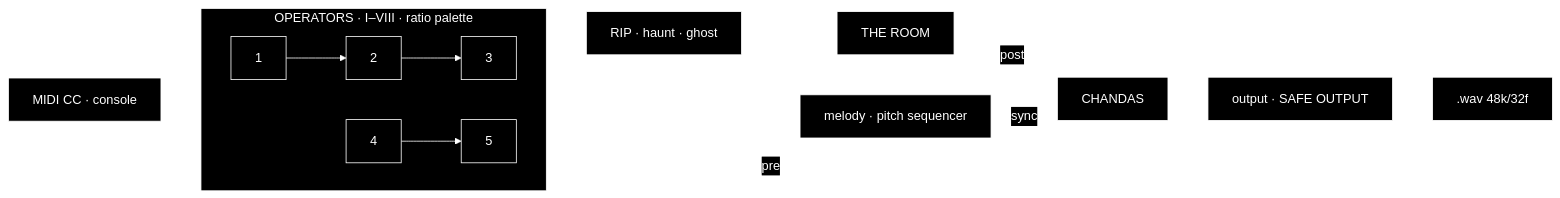
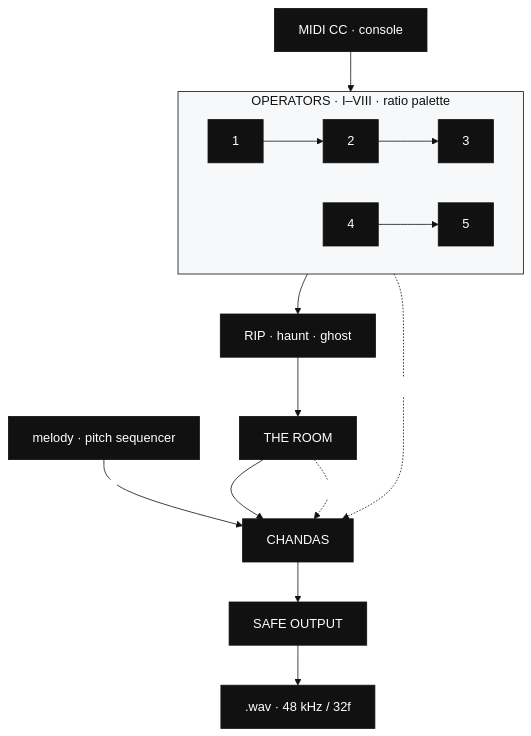
The diagram in README.md (akindoflikeness/bypomono), drawn with Mermaid before and after one commit. The commit also changed other lines of this file, not shown here.

````diff
--- a/README.md
+++ b/README.md
@@ -136,18 +136,18 @@
 ```mermaid
-%%{init: {"theme":"base","themeVariables":{"primaryColor":"#000000","primaryTextColor":"#ffffff","primaryBorderColor":"#ffffff","lineColor":"#ffffff","secondaryColor":"#000000","tertiaryColor":"#000000","background":"#000000","clusterBkg":"#000000","clusterBorder":"#ffffff","edgeLabelBackground":"#000000"}}}%%
-flowchart LR
+%%{init: {"theme":"base","themeVariables":{"primaryColor":"#111111","primaryTextColor":"#ffffff","primaryBorderColor":"#111111","lineColor":"#111111","secondaryColor":"#f6f8fa","tertiaryColor":"#ffffff","background":"#ffffff","clusterBkg":"#f6f8fa","clusterBorder":"#111111","edgeLabelBackground":"#ffffff","titleColor":"#111111","textColor":"#111111"}}}%%
+flowchart TD
+  MIDI["MIDI CC · console"] --> OPS
   subgraph OPS["OPERATORS · I–VIII · ratio palette"]
     direction LR
     O1["1"] --> O2["2"] --> O3["3"]
     O4["4"] --> O5["5"]
   end
   OPS --> RIP["RIP · haunt · ghost"]
   RIP --> ROOM["THE ROOM"]
-  ROOM --> CH["CHANDAS"]
-  OPS -. pre .-> CH
-  ROOM -. post .-> CH
-  SEQ["melody · pitch sequencer"] -. sync .-> CH
-  CH --> LIM["output · SAFE OUTPUT"]
-  LIM --> OUT[".wav 48k/32f"]
-  MIDI["MIDI CC · console"] -.-> OPS
+  SEQ["melody · pitch sequencer"] -->|sync| CH["CHANDAS"]
+  ROOM --> CH
+  OPS -.->|pre| CH
+  ROOM -.->|post| CH
+  CH --> LIM["SAFE OUTPUT"]
+  LIM --> OUT[".wav · 48 kHz / 32f"]
 ```
````
